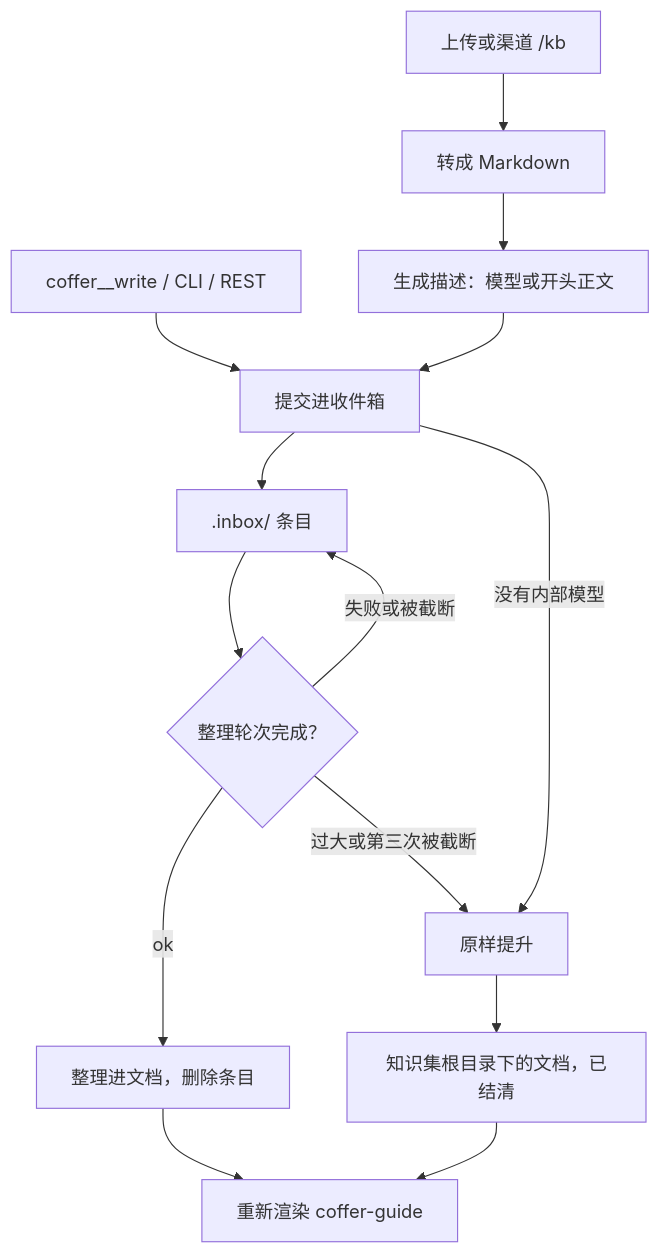
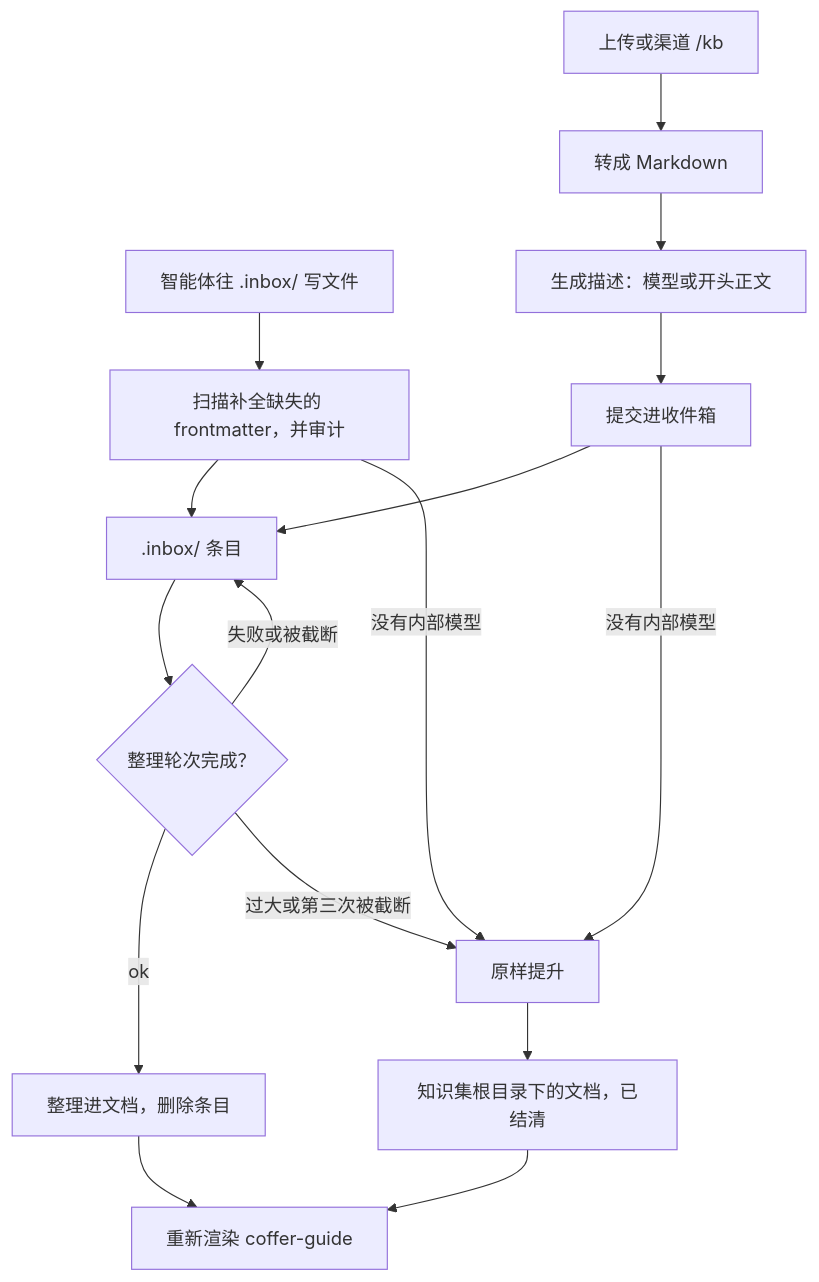
Before and after one commit to wyx-sg/Coffer: the first of 3 diagrams in docs-site/zh/architecture/knowledge.md, drawn with Mermaid. The commit also changed other lines of this file and 610 other files, not shown here.

````diff
--- a/docs-site/zh/architecture/knowledge.md
+++ b/docs-site/zh/architecture/knowledge.md
@@ -99,16 +98,18 @@
 ```mermaid
 flowchart TD
-  W["coffer__write / CLI / REST"] --> S["提交进收件箱"]
+  W["智能体往 .inbox/ 写文件"] --> N["扫描补全缺失的 frontmatter，并审计"]
   U["上传或渠道 /kb"] --> C["转成 Markdown"]
   C --> D["生成描述：模型或开头正文"]
-  D --> S
+  D --> S["提交进收件箱"]
   S --> I[".inbox/ 条目"]
+  N --> I
   S -->|"没有内部模型"| P["原样提升"]
+  N -->|"没有内部模型"| P
   I --> Q{"整理轮次完成？"}
   Q -->|"ok"| M["整理进文档，删除条目"]
   Q -->|"失败或被截断"| I
   Q -->|"过大或第三次被截断"| P
   P --> DOC["知识集根目录下的文档，已结清"]
   M --> G["重新渲染 coffer-guide"]
   DOC --> G
 ```
````
